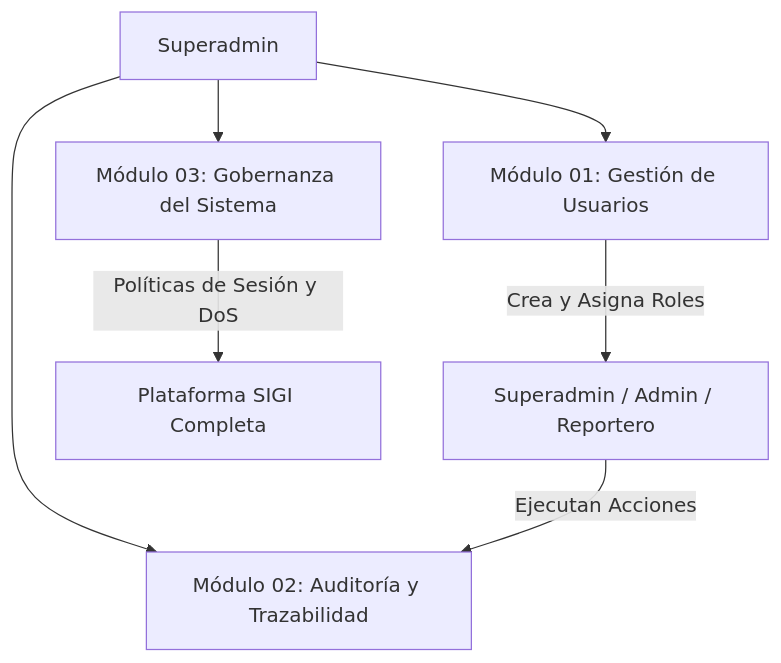
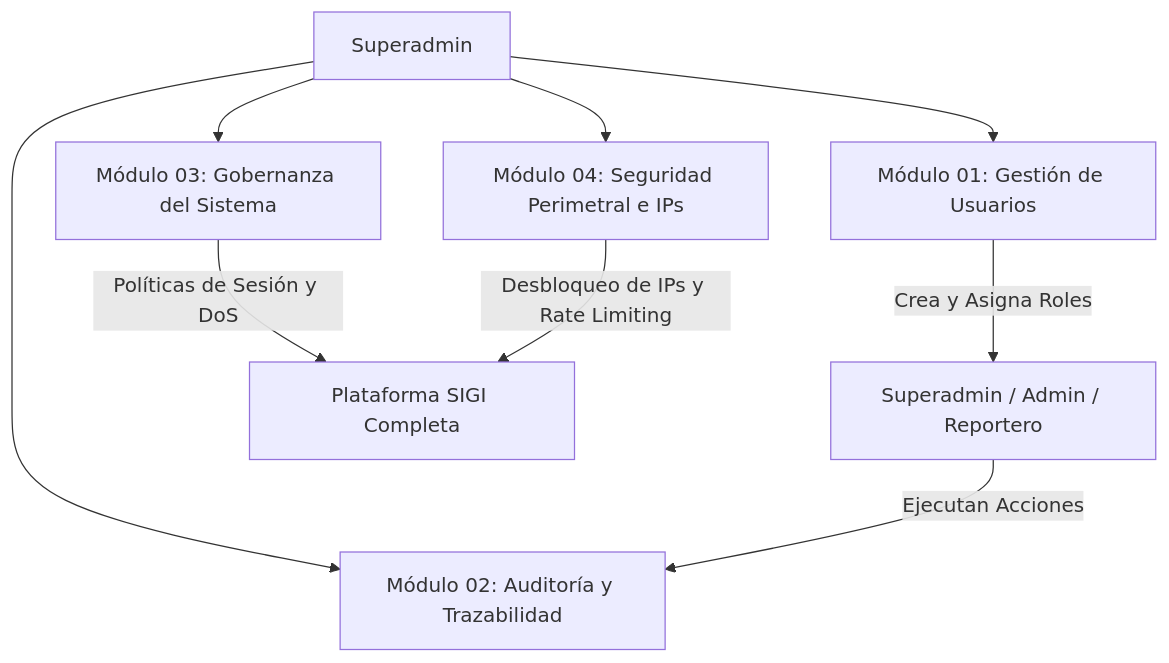
Before and after one commit to DF-VeraP/SIGI: the diagram in documentacion/Superadmin/README.md, drawn with Mermaid. The commit also changed other lines of this file and 46 other files, not shown here.

Commit message:
feat(seguridad): control y desbloqueo perimetral de IPs, unificacion de iconos, eliminacion de emojis, actualizacion de documentacion y diagramas Draw.io

````diff
--- a/documentacion/Superadmin/README.md
+++ b/documentacion/Superadmin/README.md
@@ -9,9 +9,11 @@
 ```mermaid
 graph TD
     SA[Superadmin] --> M1[Módulo 01: Gestión de Usuarios]
     SA --> M2[Módulo 02: Auditoría y Trazabilidad]
     SA --> M3[Módulo 03: Gobernanza del Sistema]
+    SA --> M4[Módulo 04: Seguridad Perimetral e IPs]
     M1 -->|Crea y Asigna Roles| Roles[Superadmin / Admin / Reportero]
     Roles -->|Ejecutan Acciones| M2
     M3 -->|Políticas de Sesión y DoS| Platform[Plataforma SIGI Completa]
+    M4 -->|Desbloqueo de IPs y Rate Limiting| Platform
 ```
````
